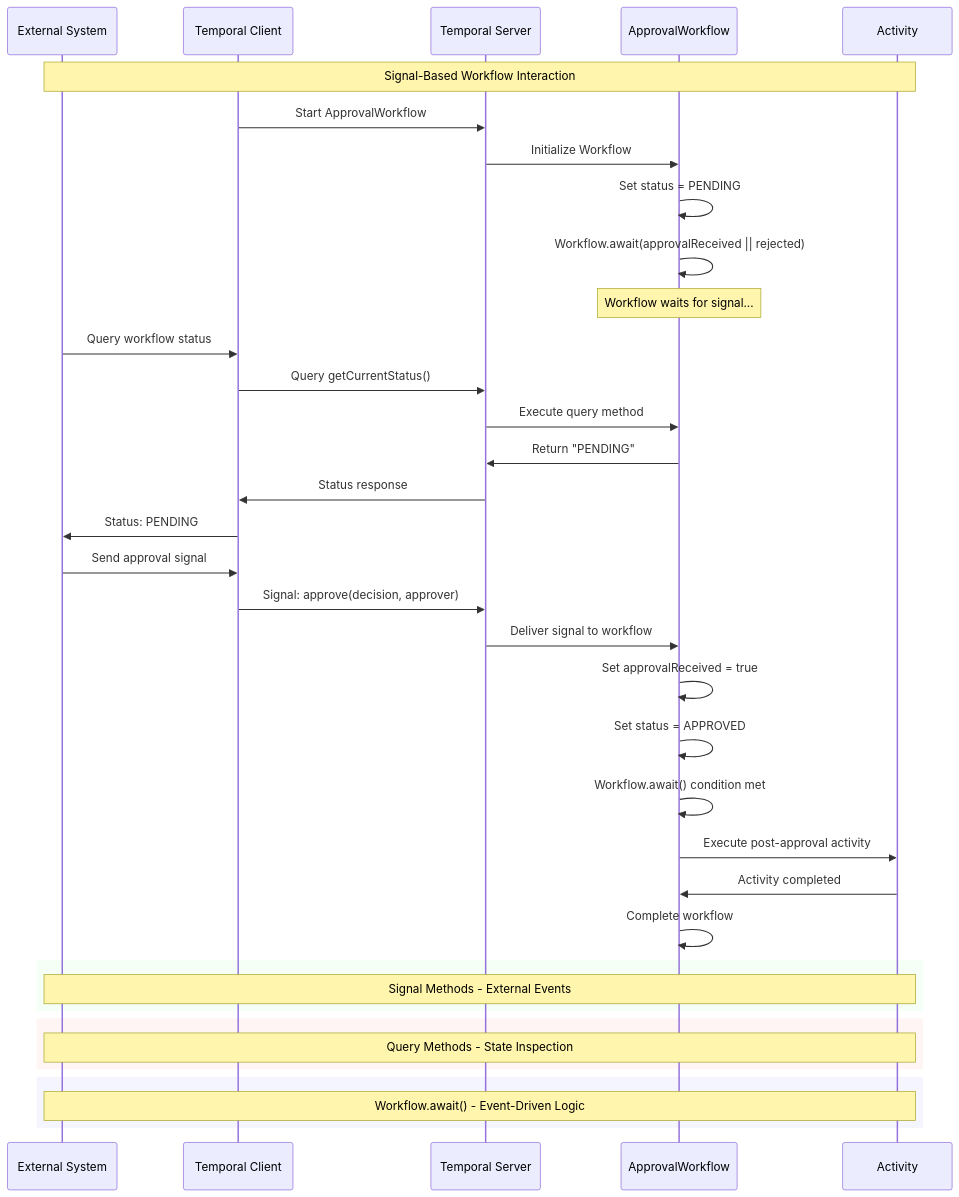
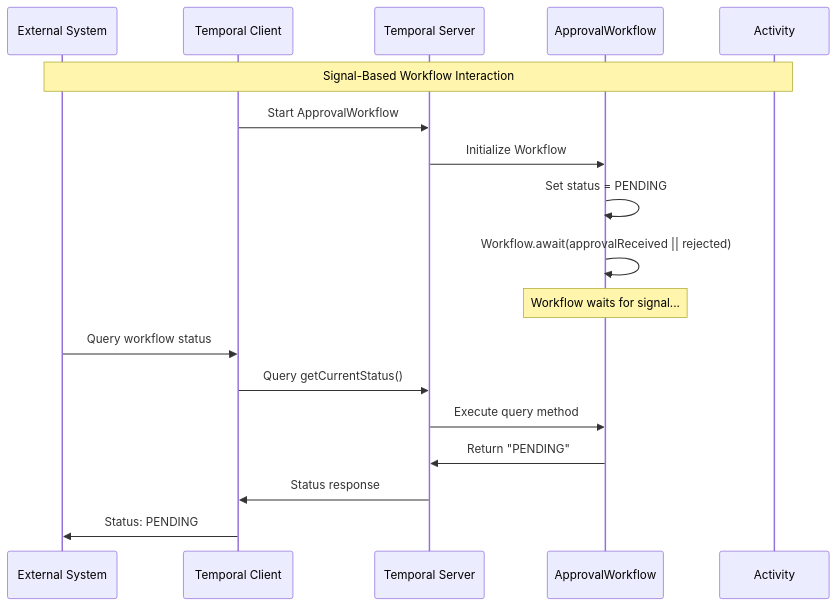
The first of 4 diagrams in class/modules/lesson_10/diagram.md (vorrawut/temporal-starter), drawn with Mermaid before and after one commit. The commit also changed other lines of this file and 43 other files, not shown here.

````diff
--- a/class/modules/lesson_10/diagram.md
+++ b/class/modules/lesson_10/diagram.md
@@ -5,47 +19,24 @@
 ```mermaid
 sequenceDiagram
     participant ES as External System
     participant TC as Temporal Client
     participant TS as Temporal Server
     participant W as ApprovalWorkflow
     participant A as Activity
     
     Note over ES,A: Signal-Based Workflow Interaction
     
     TC->>TS: Start ApprovalWorkflow
     TS->>W: Initialize Workflow
     W->>W: Set status = PENDING
     W->>W: Workflow.await(approvalReceived || rejected)
     
     Note over W: Workflow waits for signal...
     
     ES->>TC: Query workflow status
     TC->>TS: Query getCurrentStatus()
     TS->>W: Execute query method
     W->>TS: Return "PENDING"
     TS->>TC: Status response
     TC->>ES: Status: PENDING
-    
-    ES->>TC: Send approval signal
-    TC->>TS: Signal: approve(decision, approver)
-    TS->>W: Deliver signal to workflow
-    W->>W: Set approvalReceived = true
-    W->>W: Set status = APPROVED
-    W->>W: Workflow.await() condition met
-    
-    W->>A: Execute post-approval activity
-    A->>W: Activity completed
-    W->>W: Complete workflow
-    
-    rect rgb(245, 255, 245)
-        Note over ES,A: Signal Methods - External Events
-    end
-    
-    rect rgb(255, 245, 245)
-        Note over ES,A: Query Methods - State Inspection
-    end
-    
-    rect rgb(245, 245, 255)
-        Note over ES,A: Workflow.await() - Event-Driven Logic
-    end
 ```
````
